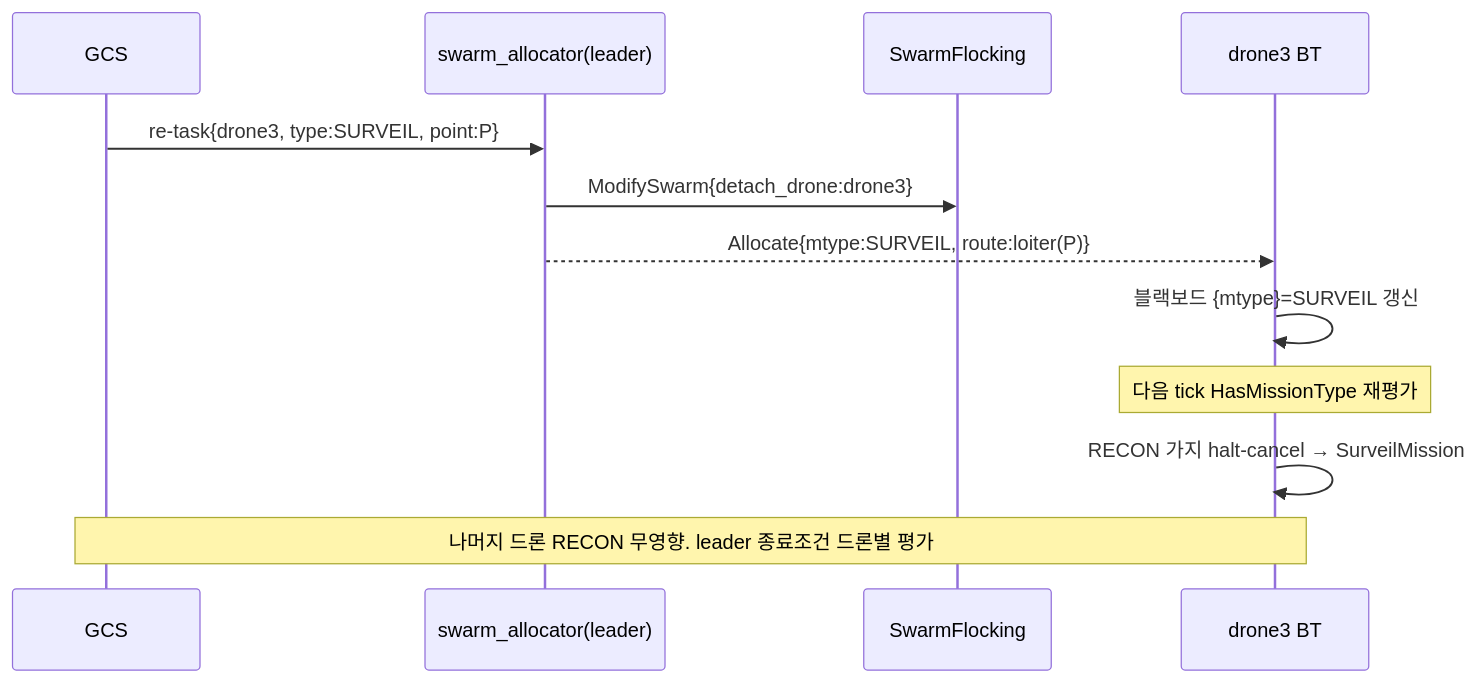
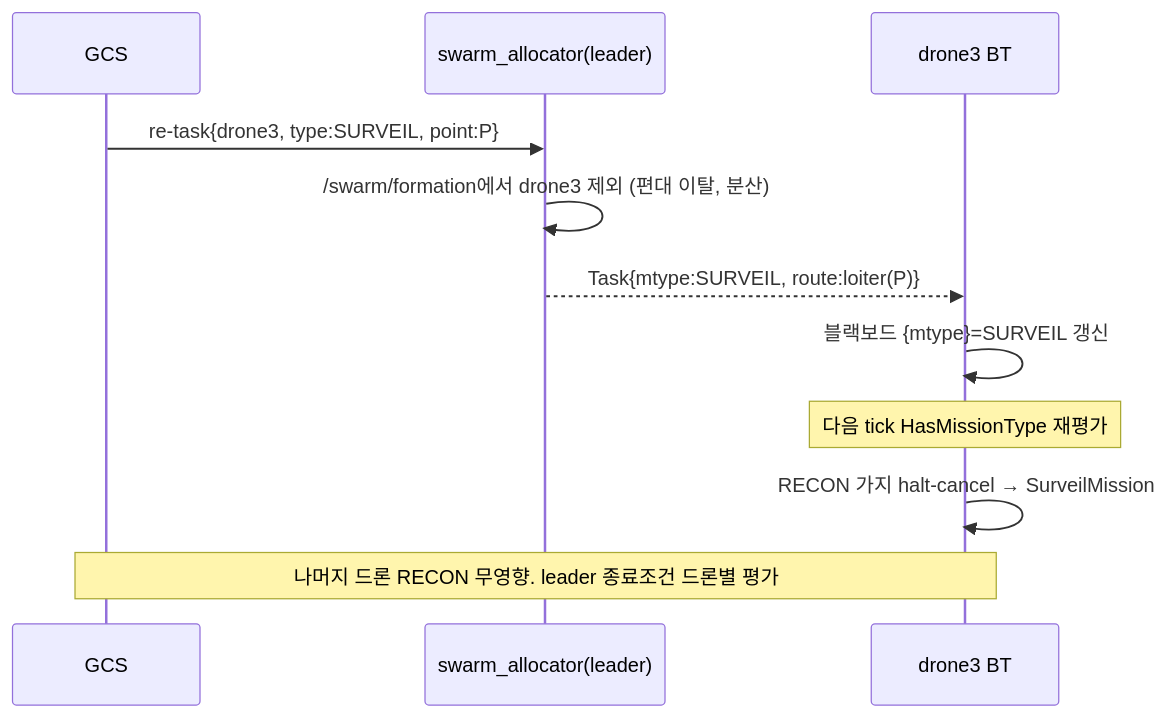
Before and after one commit to aerostack2/aerostack2: the second of 2 diagrams in swarm_intent_processing.md, drawn with Mermaid. The commit also changed other lines of this file and 14 other files, not shown here.

````diff
--- a/swarm_intent_processing.md
+++ b/swarm_intent_processing.md
@@ -212,14 +213,13 @@
 ```mermaid
 sequenceDiagram
     participant GCS
     participant AL as swarm_allocator(leader)
-    participant SF as SwarmFlocking
     participant D3 as drone3 BT
     GCS->>AL: re-task{drone3, type:SURVEIL, point:P}
-    AL->>SF: ModifySwarm{detach_drone:drone3}
-    AL-->>D3: Allocate{mtype:SURVEIL, route:loiter(P)}
+    AL->>AL: /swarm/formation에서 drone3 제외 (편대 이탈, 분산)
+    AL-->>D3: Task{mtype:SURVEIL, route:loiter(P)}
     D3->>D3: 블랙보드 {mtype}=SURVEIL 갱신
     Note over D3: 다음 tick HasMissionType 재평가
     D3->>D3: RECON 가지 halt-cancel → SurveilMission
     Note over GCS,D3: 나머지 드론 RECON 무영향. leader 종료조건 드론별 평가
 ```
````
